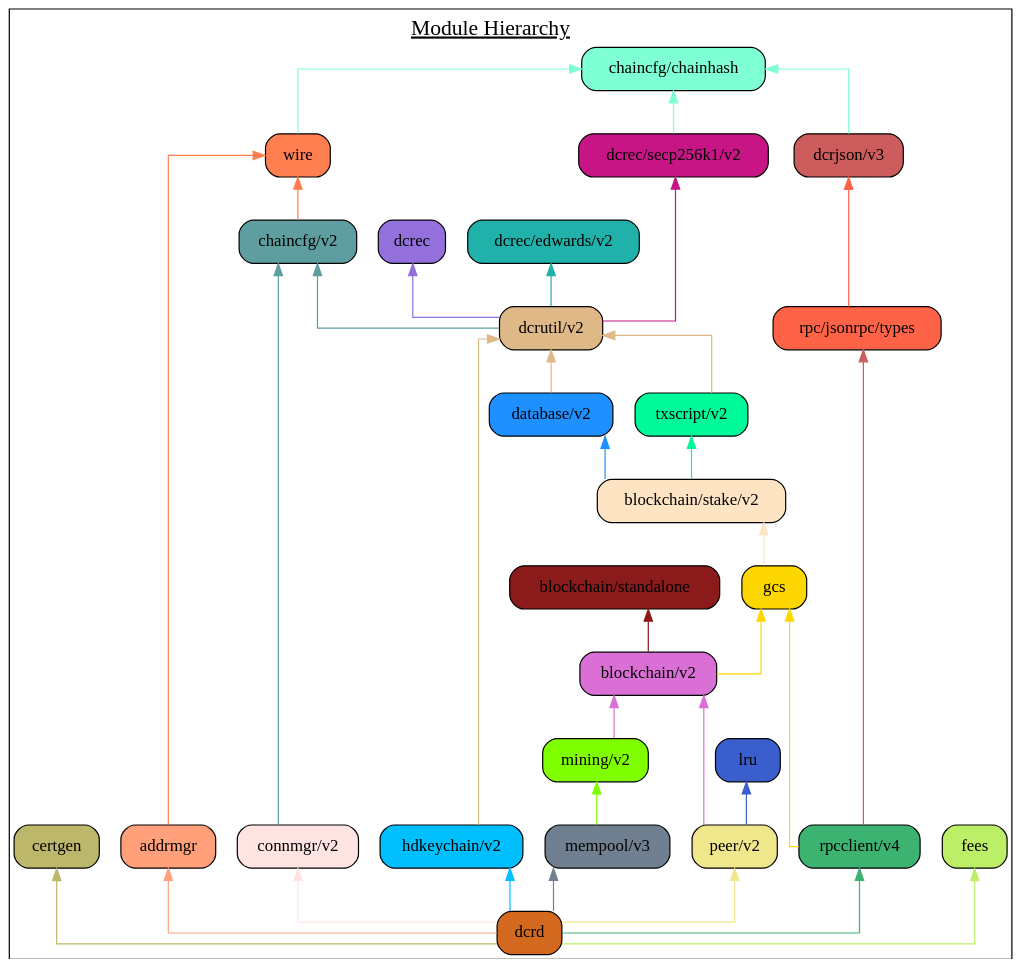
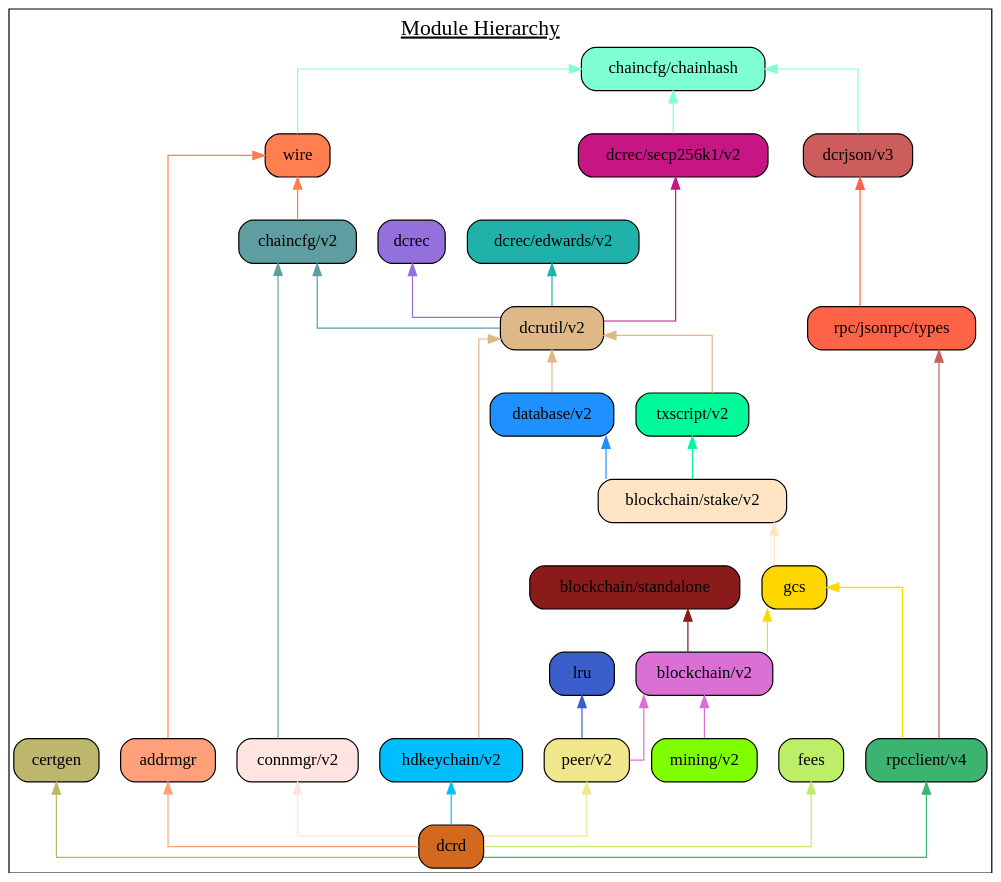
The diagram in docs/assets/module_hierarchy.gv (decred/dcrd), drawn with Graphviz before and after one commit. The commit also changed 2 other files, not shown here.

Commit message:
docs: Update for removal of mempool module.

```diff
--- a/docs/assets/module_hierarchy.gv
+++ b/docs/assets/module_hierarchy.gv
@@ -1,69 +1,66 @@
 digraph {
 	graph [splines=ortho colorscheme=svg label=<<u>Module Hierarchy</u>> labelloc=t fontsize=18.0]
 	node [shape=box style="filled, rounded"]
 
 	certgen [label="certgen" fillcolor=darkkhaki]
 	chainhash [label="chaincfg/chainhash" fillcolor=aquamarine]
 	dcrjson [label="dcrjson/v3" fillcolor=indianred]
 	types [label="rpc/jsonrpc/types" fillcolor=tomato]
 	wire [label="wire" fillcolor=coral]
 	addrmgr [label="addrmgr" fillcolor=lightsalmon]
 	chaincfg [label="chaincfg/v2" fillcolor=cadetblue]
 	connmgr [label="connmgr/v2" fillcolor=mistyrose]
 	dcrec [label="dcrec" fillcolor=mediumpurple]
 	edwards [label="dcrec/edwards/v2" fillcolor=lightseagreen]
 	secp256k1 [label="dcrec/secp256k1/v2" fillcolor=mediumvioletred]
 	dcrutil [label="dcrutil/v2" fillcolor=burlywood]
 	database [label="database/v2" fillcolor=dodgerblue]
 	hdkeychain [label="hdkeychain/v2" fillcolor=deepskyblue]
 	txscript [label="txscript/v2" fillcolor=mediumspringgreen]
 	stake [label="blockchain/stake/v2" fillcolor=bisque]
 	standalone [label="blockchain/standalone" fillcolor=firebrick4]
 	gcs [label="gcs" fillcolor=gold]
 	blockchain [label="blockchain/v2" fillcolor=orchid]
-	mempool [label="mempool/v3" fillcolor=slategray]
 	mining [label="mining/v2" fillcolor=chartreuse]
 	lru  [label="lru" fillcolor=royalblue3]
 	peer [label="peer/v2" fillcolor=khaki]
 	rpcclient [label="rpcclient/v4" fillcolor=mediumseagreen]
 	fees [label="fees" fillcolor=darkolivegreen2]
 	dcrd [label="dcrd" fillcolor=chocolate]
 
-	{rank=same connmgr addrmgr hdkeychain peer rpcclient mempool}
+	{rank=same connmgr addrmgr hdkeychain peer rpcclient}
 
 	certgen
 	chainhash -> dcrjson [dir=back color=aquamarine]
 	chainhash -> wire [dir=back color=aquamarine]
 	wire -> addrmgr [dir=back color=coral]
 	wire -> chaincfg [dir=back color=coral]
 	chaincfg -> connmgr [dir=back color=cadetblue]
 	chainhash -> secp256k1 [dir=back color=aquamarine]
 	chaincfg -> dcrutil [dir=back color=cadetblue]
 	dcrec -> dcrutil [dir=back color=mediumpurple]
 	edwards ->  dcrutil [dir=back color=lightseagreen]
 	secp256k1 ->  dcrutil [dir=back color=mediumvioletred]
 	dcrutil -> database [dir=back color=burlywood]
 	dcrutil -> hdkeychain [dir=back color=burlywood]
 	dcrutil -> txscript [dir=back color=burlywood]
 	database ->  stake [dir=back color=dodgerblue]
 	txscript -> stake [dir=back color=mediumspringgreen]
 	stake -> gcs [dir=back color=bisque]
 	standalone -> blockchain [dir=back color=firebrick4]
 	gcs -> blockchain [dir=back color=gold]
 	gcs -> rpcclient [dir=back color=gold]
 	blockchain -> mining [dir=back color=orchid]
-	mining -> mempool [dir=back color=chartreuse]
 	lru -> peer [dir=back color=royalblue3]
 	blockchain -> peer [dir=back color=orchid]
 	dcrjson -> types [dir=back color=tomato]
 	types -> rpcclient [dir=back color=indianred]
 
 	fees -> dcrd [dir=back color=darkolivegreen2]
-	mempool -> dcrd [dir=back color=slategray]
 	certgen -> dcrd [dir=back color=darkkhaki]
 	addrmgr -> dcrd [dir=back color=lightsalmon]
 	hdkeychain -> dcrd [dir=back color=deepskyblue]
 	connmgr -> dcrd [dir=back color=mistyrose]
 	rpcclient -> dcrd [dir=back color=mediumseagreen]
 	peer -> dcrd [dir=back color=khaki]
 }
```
